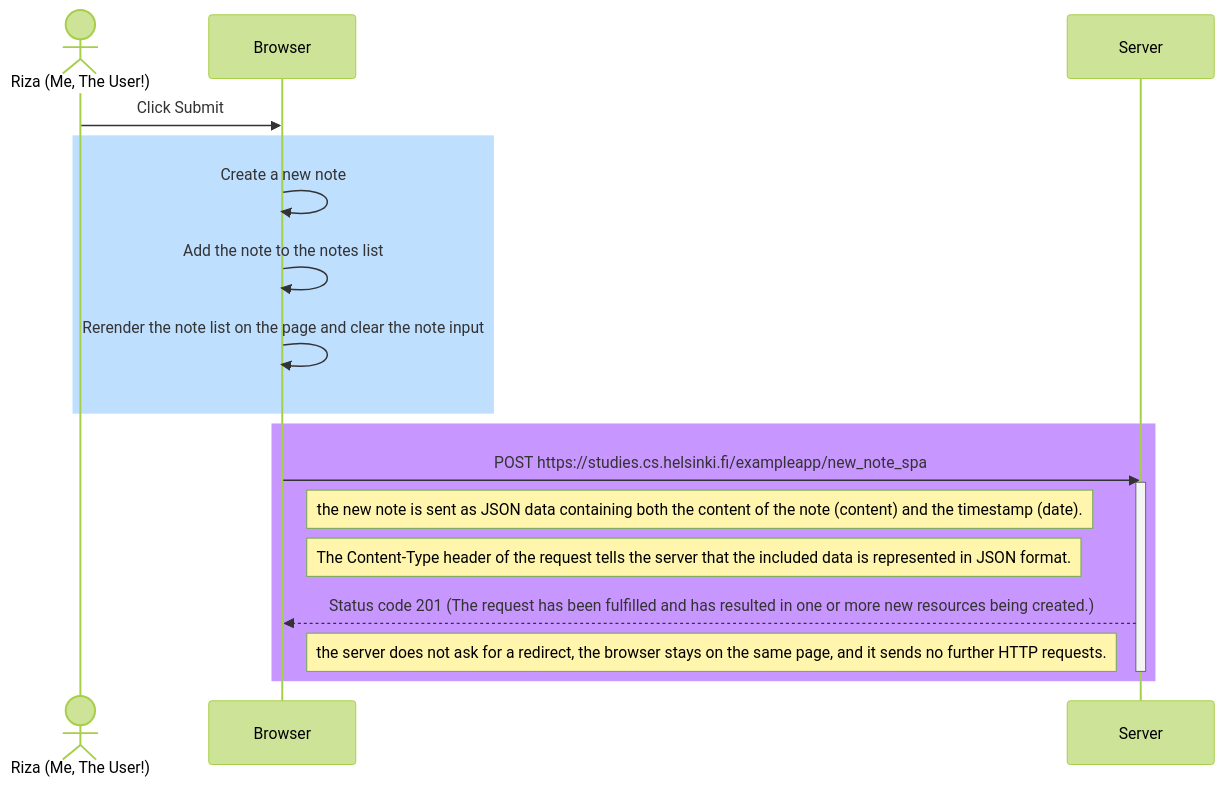
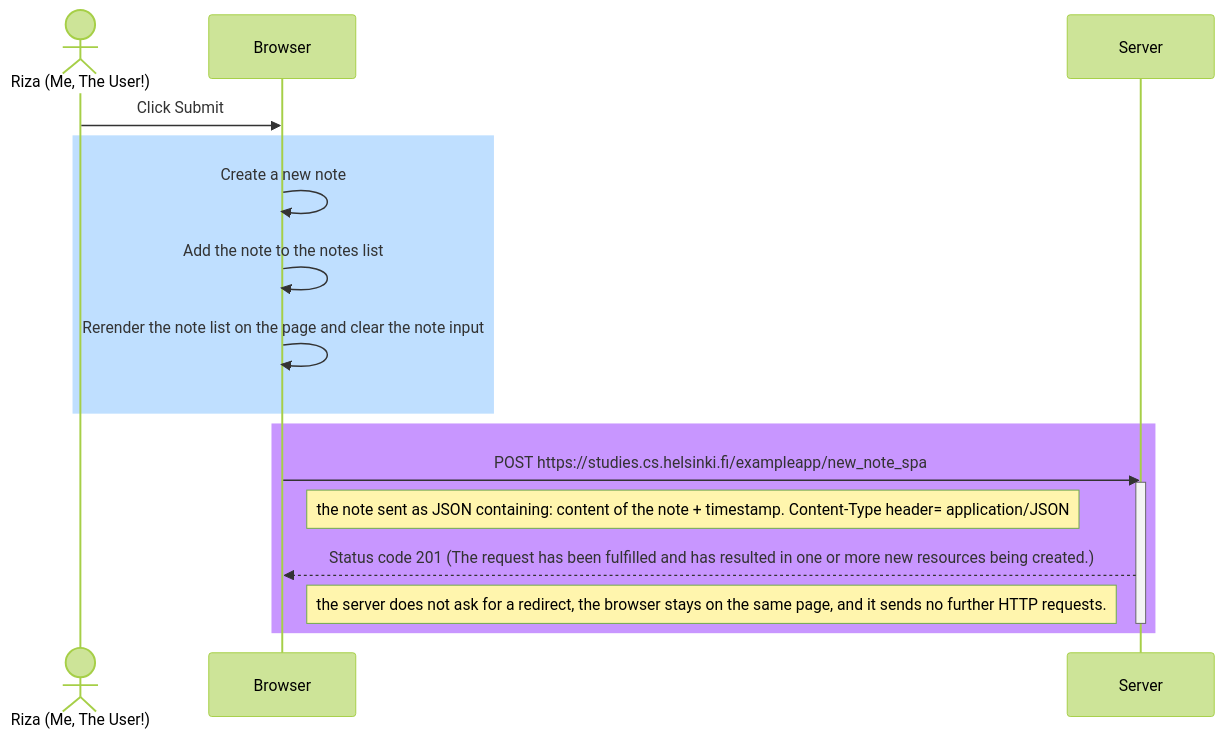
Before and after one commit to urmulu-riza/FullStackOpen-Part0: the diagram in SPA-NewNoteSeqDiagram.md, drawn with Mermaid (forest theme).

Commit message:
SPA new note update 4

````diff
--- a/SPA-NewNoteSeqDiagram.md
+++ b/SPA-NewNoteSeqDiagram.md
@@ -4,25 +4,24 @@
 ```mermaid
 sequenceDiagram
     Actor r as Riza (Me, The User!)
     participant b as Browser
     participant s as Server
 
     r->>b: Click Submit
     rect rgb(191, 223, 255)
     b->>b: Create a new note
     b->>b: Add the note to the notes list
     b->>b: Rerender the note list on the page and clear the note input
     end
 
 
     rect rgb(200, 150, 255)
     b->>s: POST https://studies.cs.helsinki.fi/exampleapp/new_note_spa
     activate s
 
-    Note right of b: the new note is sent as JSON data containing both the content of the note (content) and the timestamp (date).
-    Note right of b: The Content-Type header of the request tells the server that the included data is represented in JSON format.
+    Note right of b: the note sent as JSON containing: content of the note + timestamp.  Content-Type header= application/JSON
     s-->>b: Status code 201 (The request has been fulfilled and has resulted in one or more new resources being created.)
     Note right of b: the server does not ask for a redirect, the browser stays on the same page, and it sends no further HTTP requests.
     deactivate s
     end
 ```
````
